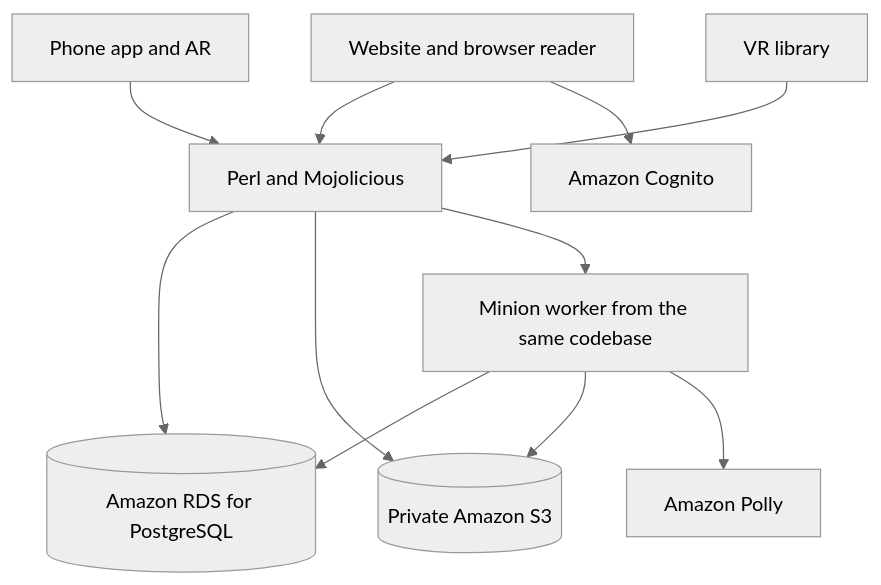
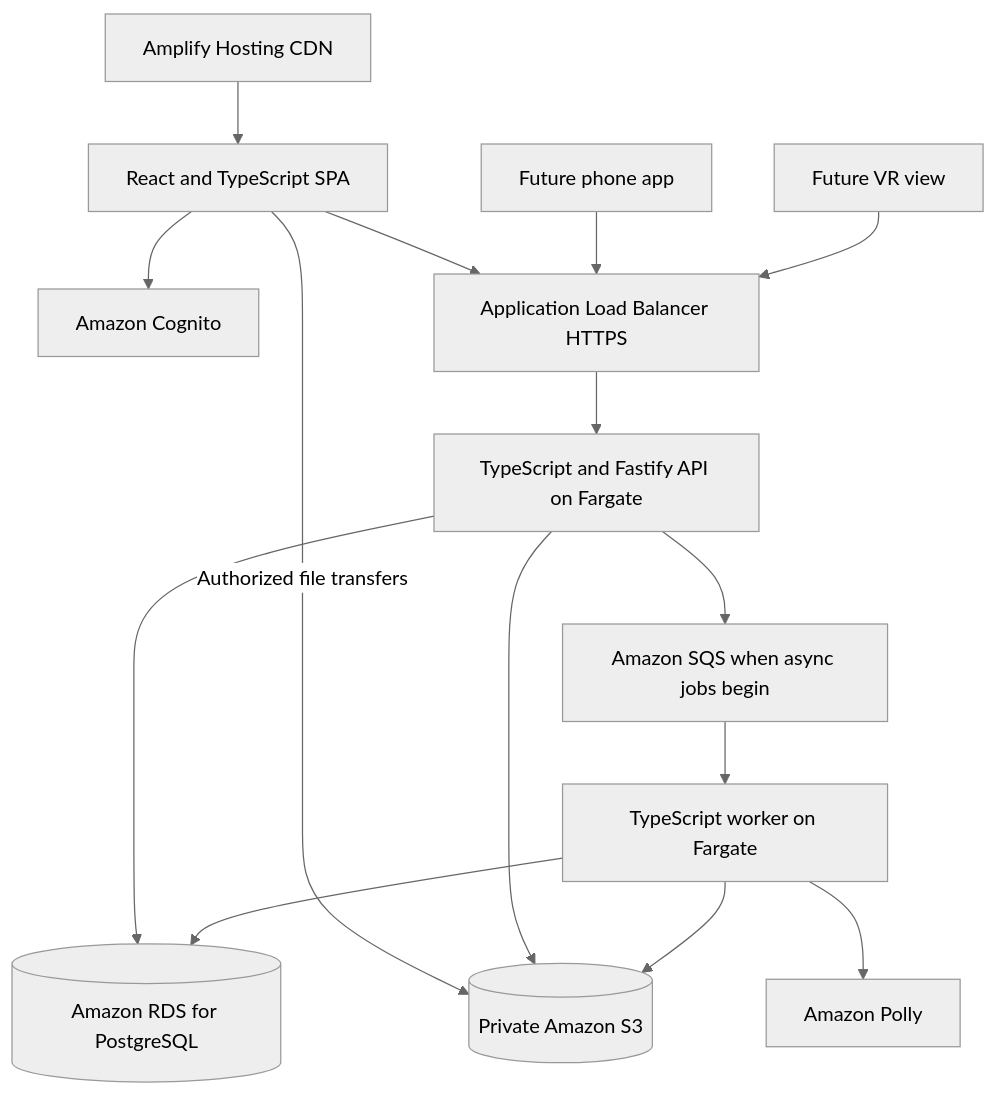
One commit to abhibizz158/wisper-lib changed the diagram in docs/architecture.md. Above: the diagram before and after it, drawn with Mermaid (neutral theme). The commit also changed other lines of this file and 6 other files, not shown here.

First line of the commit message:
docs: Update architecture and guidance for React/TypeScript stack

````diff
--- a/docs/architecture.md
+++ b/docs/architecture.md
@@ -51,13 +117,17 @@
 ```mermaid
 flowchart TD
-    Web[Website and browser reader] --> API[Perl and Mojolicious]
-    Phone[Phone app and AR] --> API
-    VR[VR library] --> API
+    CDN[Amplify Hosting CDN] --> Web[React and TypeScript SPA]
     Web --> Login[Amazon Cognito]
+    Web --> Ingress[Application Load Balancer HTTPS]
+    Ingress --> API[TypeScript and Fastify API on Fargate]
+    Phone[Future phone app] --> Ingress
+    VR[Future VR view] --> Ingress
+    Web -->|Authorized file transfers| Files[(Private Amazon S3)]
     API --> DB[(Amazon RDS for PostgreSQL)]
-    API --> Files[(Private Amazon S3)]
-    API --> Jobs[Minion worker from the same codebase]
+    API --> Files
+    API --> Queue[Amazon SQS when async jobs begin]
+    Queue --> Jobs[TypeScript worker on Fargate]
     Jobs --> DB
     Jobs --> Files
     Jobs --> Polly[Amazon Polly]
 ```
````
